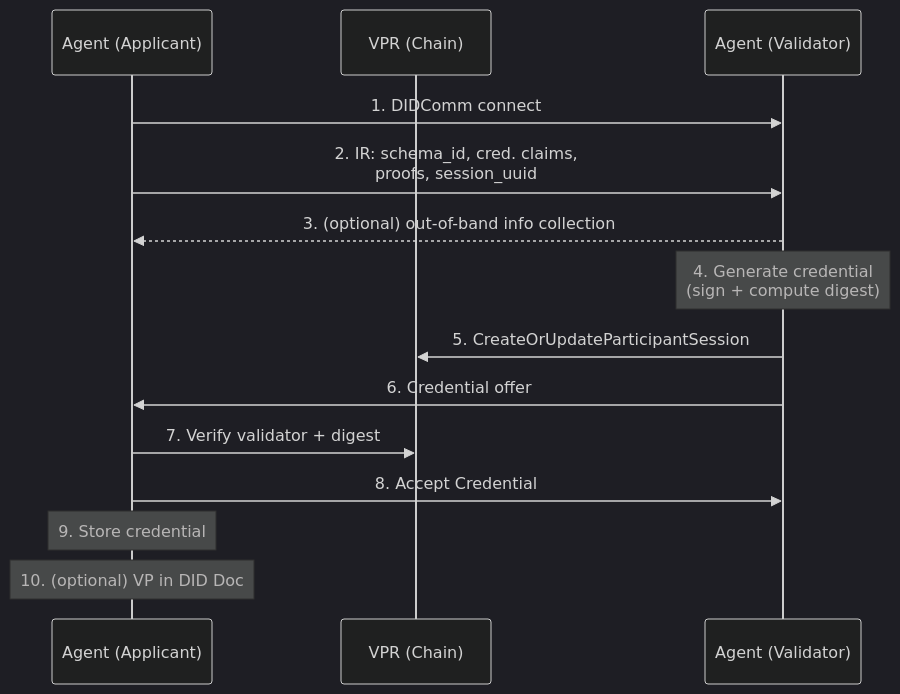
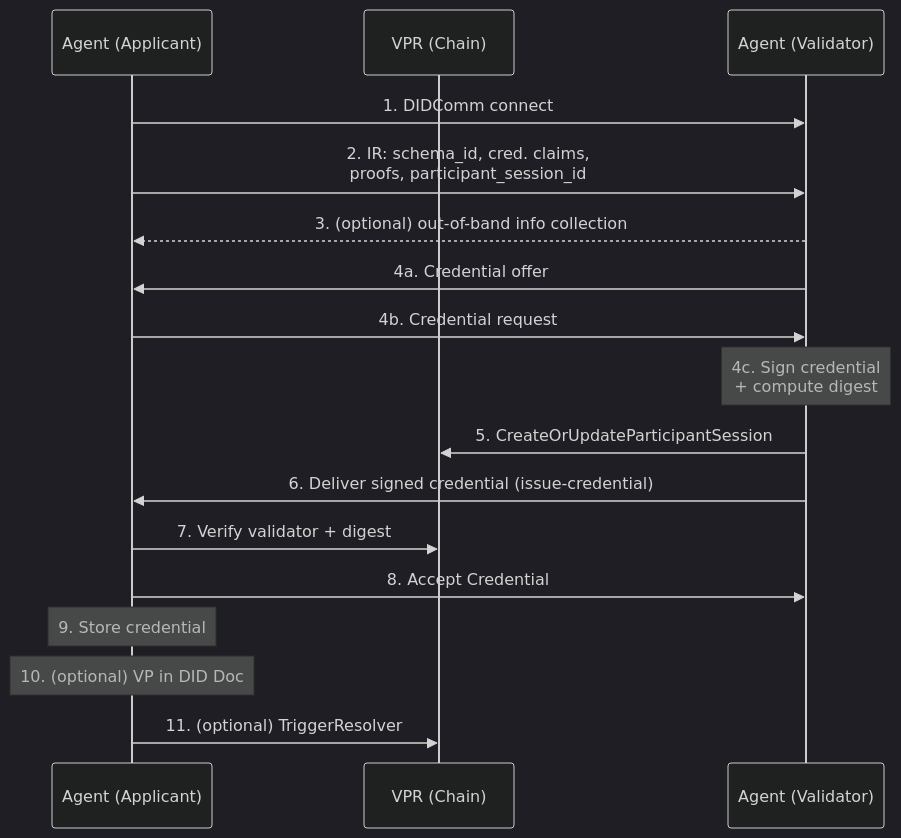
Before and after one commit to verana-labs/verana-spec: the eighth of 9 diagrams in v4/vs-agent/spec.md, drawn with Mermaid (dark theme). The commit also changed other lines of this file and 6 other files, not shown here.

````diff
--- a/v4/vs-agent/spec.md
+++ b/v4/vs-agent/spec.md
@@ -632,17 +630,20 @@
 ```mermaid
 sequenceDiagram
     participant Applicant as Agent (Applicant)
     participant VPR as VPR (Chain)
     participant Validator as Agent (Validator)
 
     Applicant->>Validator: 1. DIDComm connect
-    Applicant->>Validator: 2. IR: schema_id, cred. claims,<br/>proofs, session_uuid
+    Applicant->>Validator: 2. IR: schema_id, cred. claims,<br/>proofs, participant_session_id
     Validator-->>Applicant: 3. (optional) out-of-band info collection
-    Note over Validator: 4. Generate credential<br/>(sign + compute digest)
+    Validator->>Applicant: 4a. Credential offer
+    Applicant->>Validator: 4b. Credential request
+    Note over Validator: 4c. Sign credential<br/>+ compute digest
     Validator->>VPR: 5. CreateOrUpdateParticipantSession
-    Validator->>Applicant: 6. Credential offer
+    Validator->>Applicant: 6. Deliver signed credential (issue-credential)
     Applicant->>VPR: 7. Verify validator + digest
     Applicant->>Validator: 8. Accept Credential
     Note over Applicant: 9. Store credential
     Note over Applicant: 10. (optional) VP in DID Doc
+    Applicant->>VPR: 11. (optional) TriggerResolver
 ```
````
